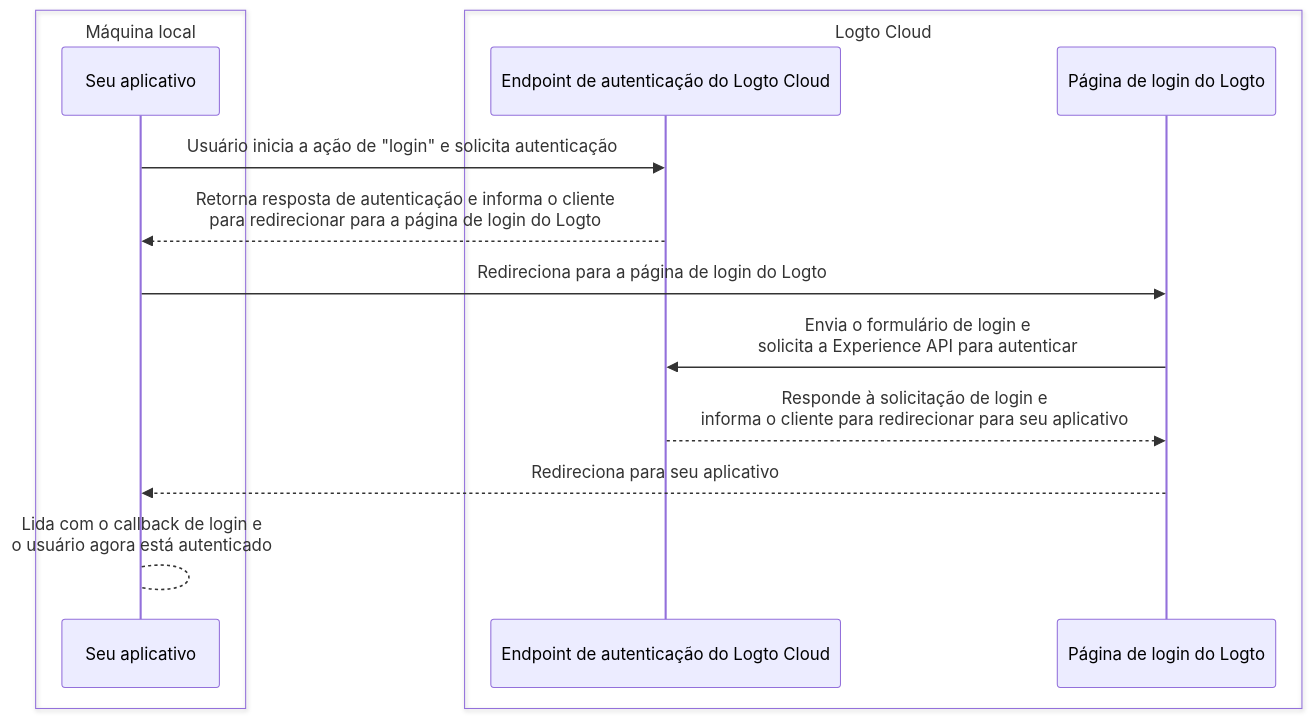
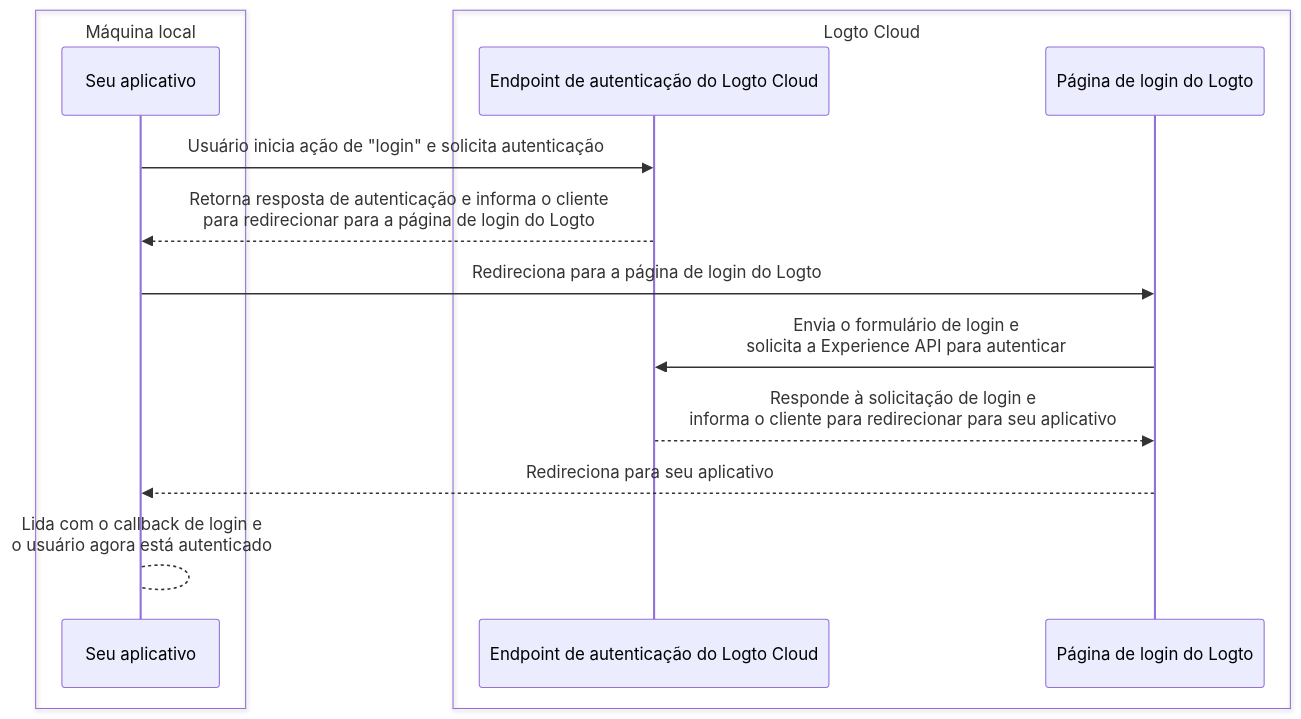
Before and after one commit to logto-io/docs: the first of 2 diagrams in i18n/pt-BR/docusaurus-plugin-content-docs/current/customization/bring-your-ui/debug-and-test-your-custom-ui-locally.mdx, drawn with Mermaid. The commit also changed other lines of this file and 234 other files, not shown here.

````diff
--- a/i18n/pt-BR/docusaurus-plugin-content-docs/current/customization/bring-your-ui/debug-and-test-your-custom-ui-locally.mdx
+++ b/i18n/pt-BR/docusaurus-plugin-content-docs/current/customization/bring-your-ui/debug-and-test-your-custom-ui-locally.mdx
@@ -19,17 +19,17 @@
 ```mermaid
 sequenceDiagram
     box Máquina local
     participant A as Seu aplicativo
     end
     box Logto Cloud
     participant B as Endpoint de autenticação do Logto Cloud
     participant C as Página de login do Logto
     end
-    A ->> B: Usuário inicia a ação de "login" e solicita autenticação
+    A ->> B: Usuário inicia ação de "login" e solicita autenticação
     B -->> A: Retorna resposta de autenticação e informa o cliente<br/>para redirecionar para a página de login do Logto
     A ->> C: Redireciona para a página de login do Logto
     C ->> B: Envia o formulário de login e<br/>solicita a Experience API para autenticar
     B -->> C: Responde à solicitação de login e<br/>informa o cliente para redirecionar para seu aplicativo
     C -->> A: Redireciona para seu aplicativo
     A --> A: Lida com o callback de login e<br/>o usuário agora está autenticado
 ```
````
